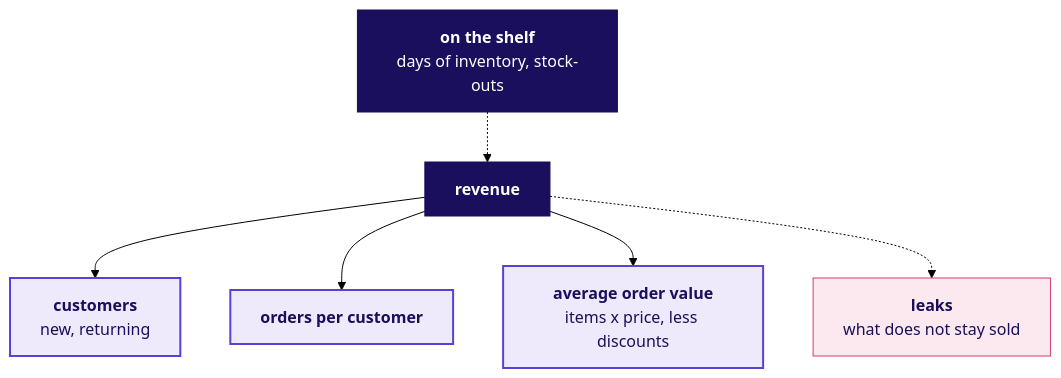
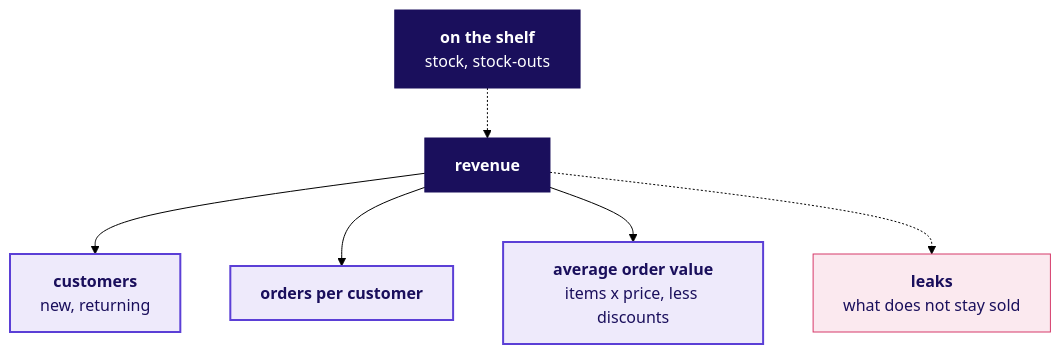
Before and after one commit to fde-academy-lab/c2-content-factory: the sixth of 7 diagrams in content/W01/D1/trainer/C2_W01_D01_domain_story_TRAINER.md, drawn with Mermaid (forest theme). The commit also changed other lines of this file and 1 other file, not shown here.

````diff
--- a/content/W01/D1/trainer/C2_W01_D01_domain_story_TRAINER.md
+++ b/content/W01/D1/trainer/C2_W01_D01_domain_story_TRAINER.md
@@ -208,14 +208,14 @@
 ```mermaid
 flowchart TB
-    S["<b>on the shelf</b><br/>days of inventory, stock-outs"] -.-> R["<b>revenue</b>"]
+    S["<b>on the shelf</b><br/>stock, stock-outs"] -.-> R["<b>revenue</b>"]
     R --> C["<b>customers</b><br/>new, returning"]
     R --> F["<b>orders per customer</b>"]
     R --> A["<b>average order value</b><br/>items x price, less discounts"]
     R -.-> L["<b>leaks</b><br/>what does not stay sold"]
     classDef known fill:#EEEAFB,stroke:#5B3FD6,color:#1A0F5C,stroke-width:2px
     classDef bad fill:#FBE9EF,stroke:#D63A6A,color:#1A0F5C
     classDef dark fill:#1A0F5C,stroke:#1A0F5C,color:#FFFFFF
     class C,F,A known
     class L bad
     class R,S dark
 ```
````
